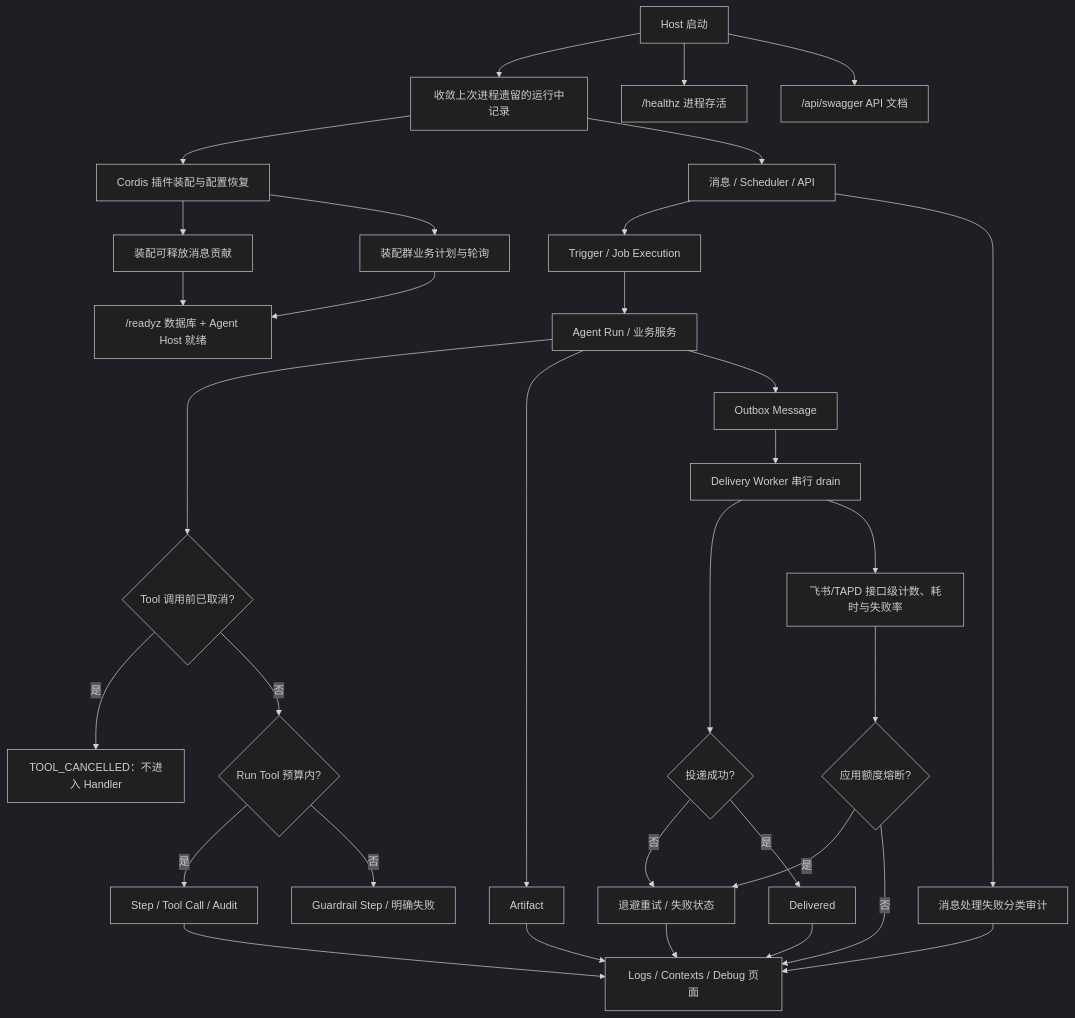
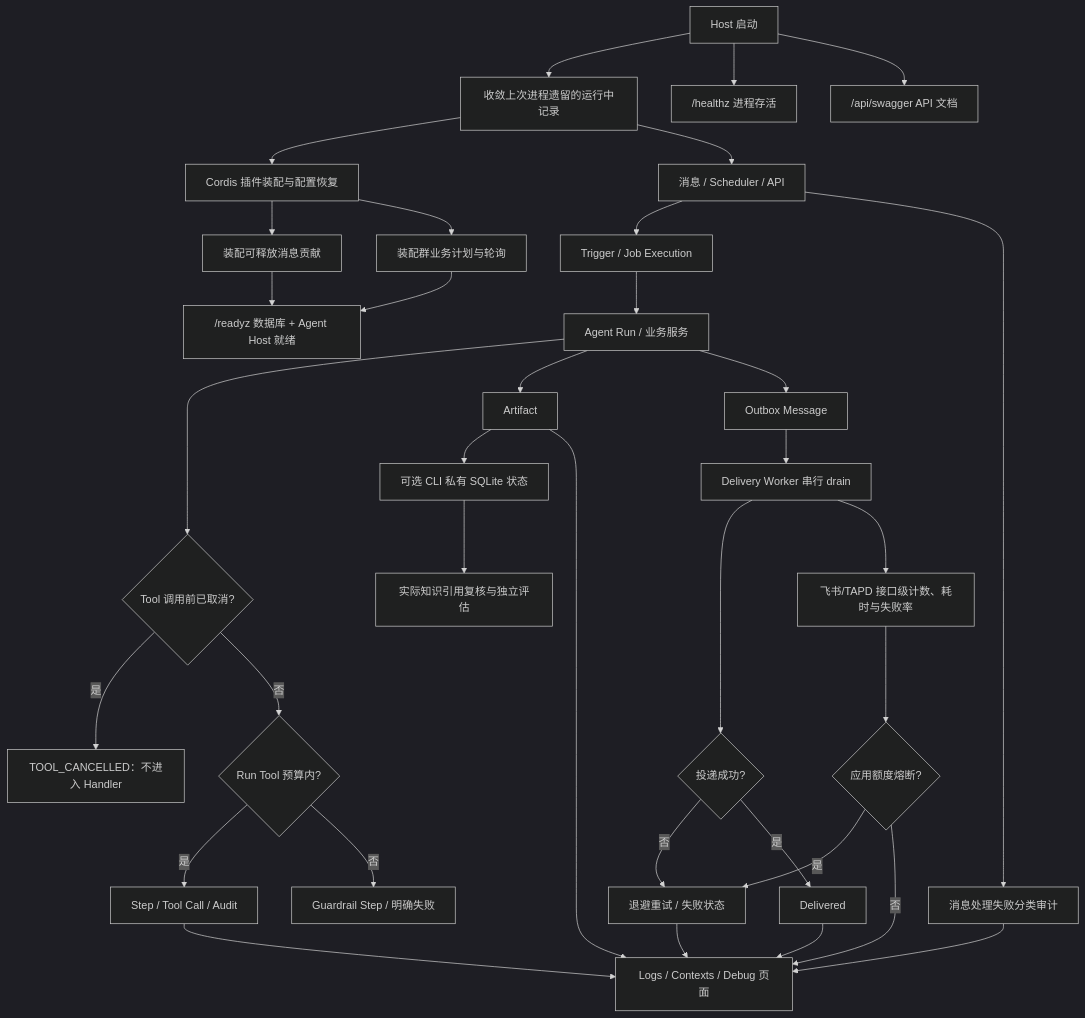
The diagram in backend/src/platform/runtime/FEATURE.md (KlayPeter/AI-Delivery-Ops-Agent), drawn with Mermaid (dark theme) before and after one commit. The commit also changed other lines of this file and 28 other files, not shown here.

````diff
--- a/backend/src/platform/runtime/FEATURE.md
+++ b/backend/src/platform/runtime/FEATURE.md
@@ -21,35 +21,37 @@
 ```mermaid
 flowchart TD
     R["Host 启动"] --> S["收敛上次进程遗留的运行中记录"]
     R --> Q["/healthz 进程存活"]
     R --> OAPI["/api/swagger API 文档"]
     S --> P["Cordis 插件装配与配置恢复"]
     P --> MR["装配可释放消息贡献"]
     MR --> Z["/readyz 数据库 + Agent Host 就绪"]
     P --> SJ[装配群业务计划与轮询]
     SJ --> Z
     S --> A["消息 / Scheduler / API"]
     A --> B["Trigger / Job Execution"]
     B --> C["Agent Run / 业务服务"]
     C --> TC{"Tool 调用前已取消?"}
     TC -- 是 --> TR["TOOL_CANCELLED：不进入 Handler"]
     TC -- 否 --> L{"Run Tool 预算内?"}
     L -- 是 --> D["Step / Tool Call / Audit"]
     L -- 否 --> M["Guardrail Step / 明确失败"]
     C --> E["Artifact"]
     C --> F["Outbox Message"]
     F --> G["Delivery Worker 串行 drain"]
     G --> H{"投递成功?"}
     H -- 否 --> I["退避重试 / 失败状态"]
     H -- 是 --> J["Delivered"]
     D --> K["Logs / Contexts / Debug 页面"]
     A --> X["消息处理失败分类审计"]
     X --> K
+    E --> KS[可选 CLI 私有 SQLite 状态]
+    KS --> IC[实际知识引用复核与独立评估]
     E --> K
     I --> K
     J --> K
     G --> Y["飞书/TAPD 接口级计数、耗时与失败率"]
     Y --> Z1{"应用额度熔断?"}
     Z1 -- "是" --> I
     Z1 -- "否" --> K
 ```
````
